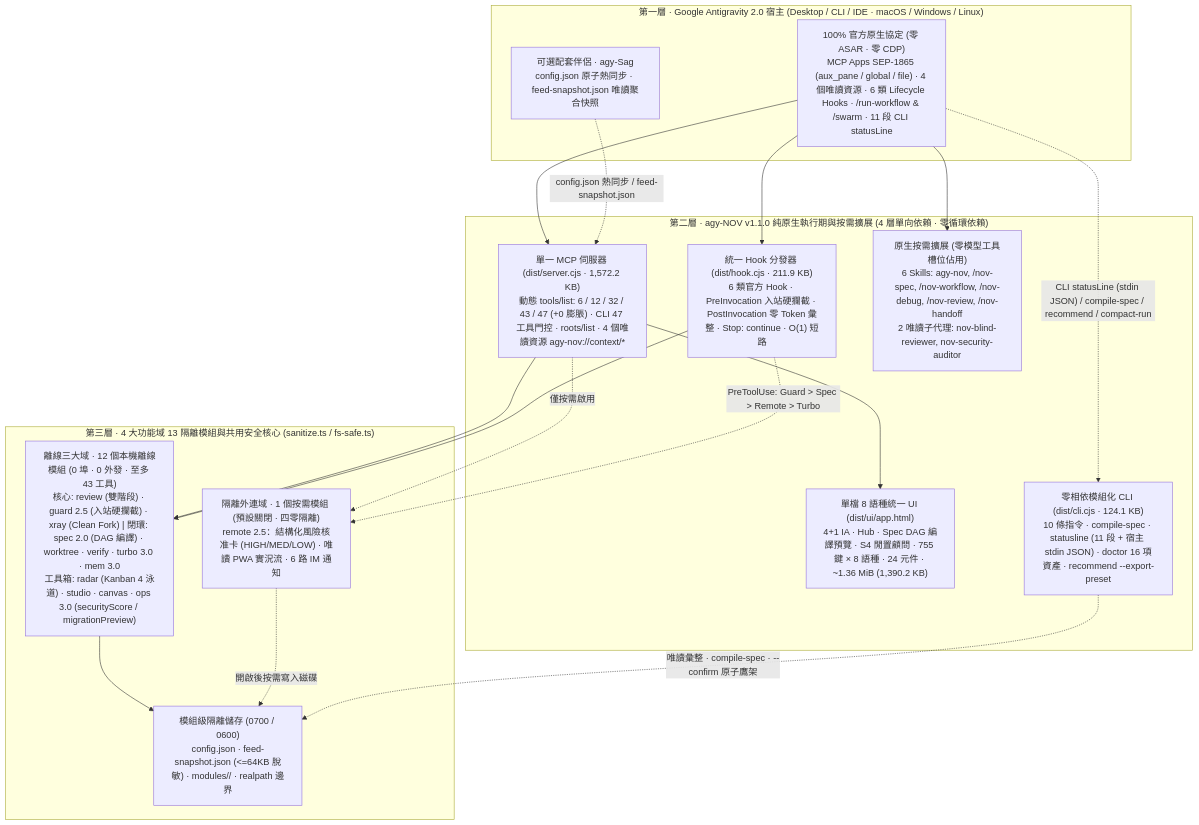
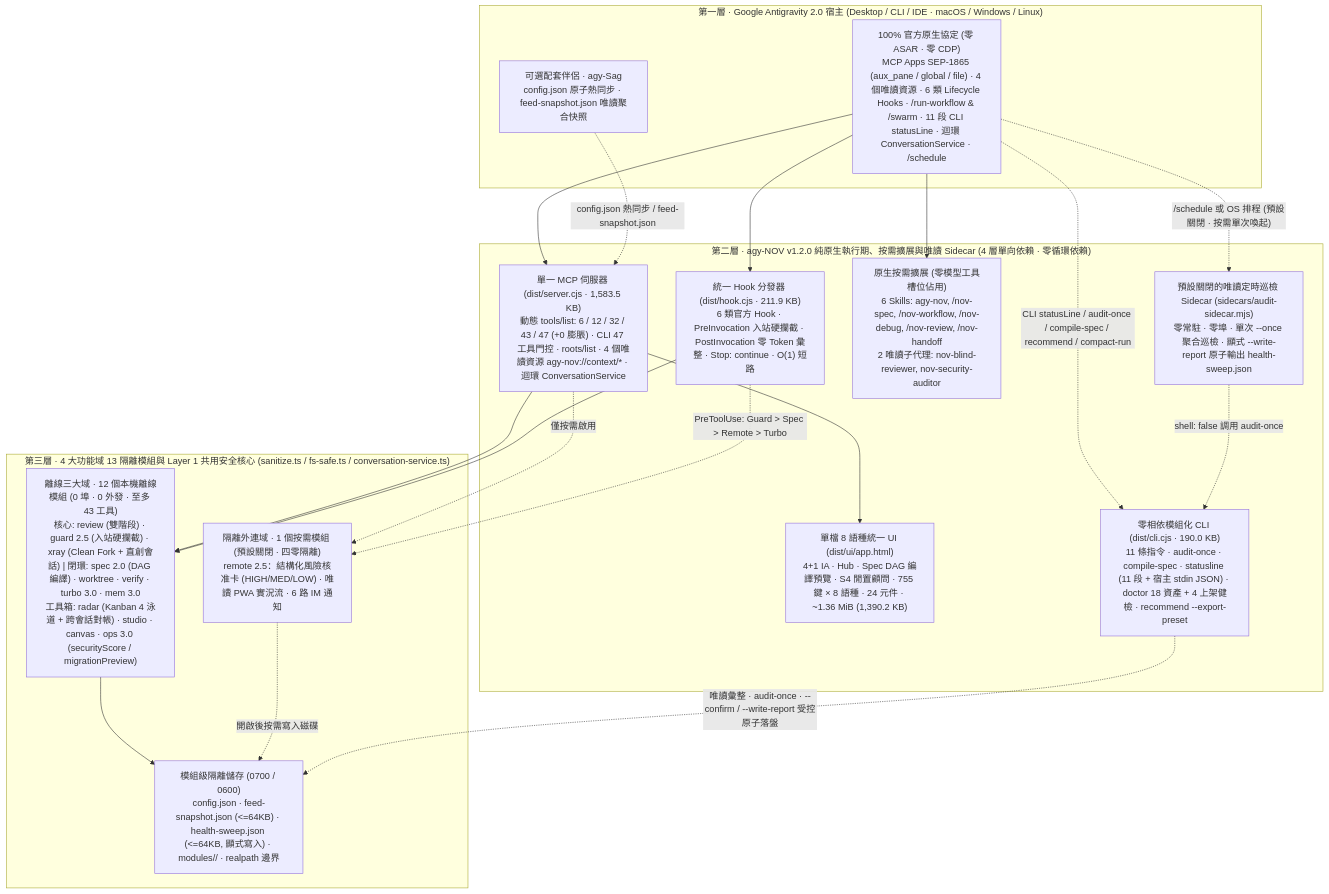
One commit to tone-leh/agy-NOV changed the diagram in docs/i18n/README.zh-TW.md. Above: the diagram before and after it, drawn with Mermaid. The commit also changed other lines of this file and 38 other files, not shown here.

Commit message:
feat(v1.2.0): opt-in read-only audit sidecar, loopback ConversationService bridge & Marketplace readiness

````diff
--- a/docs/i18n/README.zh-TW.md
+++ b/docs/i18n/README.zh-TW.md
@@ -242,35 +260,38 @@
 ```mermaid
 flowchart TB
   subgraph L1["第一層 · Google Antigravity 2.0 宿主 (Desktop / CLI / IDE · macOS / Windows / Linux)"]
-    Host["100% 官方原生協定 (零 ASAR · 零 CDP)\nMCP Apps SEP-1865 (aux_pane / global / file) · 4 個唯讀資源 · 6 類 Lifecycle Hooks · /run-workflow & /swarm · 11 段 CLI statusLine"]
+    Host["100% 官方原生協定 (零 ASAR · 零 CDP)\nMCP Apps SEP-1865 (aux_pane / global / file) · 4 個唯讀資源 · 6 類 Lifecycle Hooks · /run-workflow & /swarm · 11 段 CLI statusLine · 迴環 ConversationService · /schedule"]
     Sag["可選配套伴侶 · agy-Sag\nconfig.json 原子熱同步 · feed-snapshot.json 唯讀聚合快照"]
   end
 
-  subgraph L2["第二層 · agy-NOV v1.1.0 純原生執行期與按需擴展 (4 層單向依賴 · 零循環依賴)"]
-    MCP["單一 MCP 伺服器 (dist/server.cjs · 1,572.2 KB)\n動態 tools/list: 6 / 12 / 32 / 43 / 47 (+0 膨脹) · CLI 47 工具門控 · roots/list · 4 個唯讀資源 agy-nov://context/*"]
+  subgraph L2["第二層 · agy-NOV v1.2.0 純原生執行期、按需擴展與唯讀 Sidecar (4 層單向依賴 · 零循環依賴)"]
+    MCP["單一 MCP 伺服器 (dist/server.cjs · 1,583.5 KB)\n動態 tools/list: 6 / 12 / 32 / 43 / 47 (+0 膨脹) · CLI 47 工具門控 · roots/list · 4 個唯讀資源 agy-nov://context/* · 迴環 ConversationService"]
     Hook["統一 Hook 分發器 (dist/hook.cjs · 211.9 KB)\n6 類官方 Hook · PreInvocation 入站硬攔截 · PostInvocation 零 Token 彙整 · Stop: continue · O(1) 短路"]
     UI["單檔 8 語種統一 UI (dist/ui/app.html)\n4+1 IA · Hub · Spec DAG 編譯預覽 · S4 閒置顧問 · 755 鍵 × 8 語種 · 24 元件 · ~1.36 MiB (1,390.2 KB)"]
     Ext["原生按需擴展 (零模型工具槽位佔用)\n6 Skills: agy-nov, /nov-spec, /nov-workflow, /nov-debug, /nov-review, /nov-handoff\n2 唯讀子代理: nov-blind-reviewer, nov-security-auditor"]
-    CLI["零相依模組化 CLI (dist/cli.cjs · 124.1 KB)\n10 條指令 · compile-spec · statusline (11 段 + 宿主 stdin JSON) · doctor 16 項資產 · recommend --export-preset"]
+    CLI["零相依模組化 CLI (dist/cli.cjs · 190.0 KB)\n11 條指令 · audit-once · compile-spec · statusline (11 段 + 宿主 stdin JSON) · doctor 18 資產 + 4 上架健檢 · recommend --export-preset"]
+    Sidecar["預設關閉的唯讀定時巡檢 Sidecar (sidecars/audit-sidecar.mjs)\n零常駐 · 零埠 · 單次 --once 聚合巡檢 · 顯式 --write-report 原子輸出 health-sweep.json"]
   end
 
-  subgraph L3["第三層 · 4 大功能域 13 隔離模組與共用安全核心 (sanitize.ts / fs-safe.ts)"]
-    T1["離線三大域 · 12 個本機離線模組 (0 埠 · 0 外發 · 至多 43 工具)\n核心: review (雙階段) · guard 2.5 (入站硬攔截) · xray (Clean Fork) | 閉環: spec 2.0 (DAG 編譯) · worktree · verify · turbo 3.0 · mem 3.0\n工具箱: radar (Kanban 4 泳道) · studio · canvas · ops 3.0 (securityScore / migrationPreview)"]
+  subgraph L3["第三層 · 4 大功能域 13 隔離模組與 Layer 1 共用安全核心 (sanitize.ts / fs-safe.ts / conversation-service.ts)"]
+    T1["離線三大域 · 12 個本機離線模組 (0 埠 · 0 外發 · 至多 43 工具)\n核心: review (雙階段) · guard 2.5 (入站硬攔截) · xray (Clean Fork + 直創會話) | 閉環: spec 2.0 (DAG 編譯) · worktree · verify · turbo 3.0 · mem 3.0\n工具箱: radar (Kanban 4 泳道 + 跨會話對帳) · studio · canvas · ops 3.0 (securityScore / migrationPreview)"]
     T2R["隔離外連域 · 1 個按需模組 (預設關閉 · 四零隔離)\nremote 2.5：結構化風險核准卡 (HIGH/MED/LOW) · 唯讀 PWA 實況流 · 6 路 IM 通知"]
-    Store["模組級隔離儲存 (0700 / 0600)\nconfig.json · feed-snapshot.json (<=64KB 脫敏) · modules/<id>/ · realpath 邊界"]
+    Store["模組級隔離儲存 (0700 / 0600)\nconfig.json · feed-snapshot.json (<=64KB) · health-sweep.json (<=64KB, 顯式寫入) · modules/<id>/ · realpath 邊界"]
   end
 
   Host --> MCP
   Host --> Hook
   Host --> Ext
-  Host -. "CLI statusLine (stdin JSON) / compile-spec / recommend / compact-run" .-> CLI
+  Host -. "CLI statusLine / audit-once / compile-spec / recommend / compact-run" .-> CLI
+  Host -. "/schedule 或 OS 排程 (預設關閉 · 按需單次喚起)" .-> Sidecar
+  Sidecar -. "shell: false 調用 audit-once" .-> CLI
   Sag -. "config.json 熱同步 / feed-snapshot.json" .-> MCP
   MCP --> UI
   MCP --> T1
   MCP -. "僅按需啟用" .-> T2R
   Hook --> T1
   Hook -. "PreToolUse: Guard > Spec > Remote > Turbo" .-> T2R
   T1 --> Store
   T2R -. "開啟後按需寫入磁碟" .-> Store
-  CLI -. "唯讀彙整 · compile-spec · --confirm 原子鷹架" .-> Store
+  CLI -. "唯讀彙整 · audit-once · --confirm / --write-report 受控原子落盤" .-> Store
 ```
````
